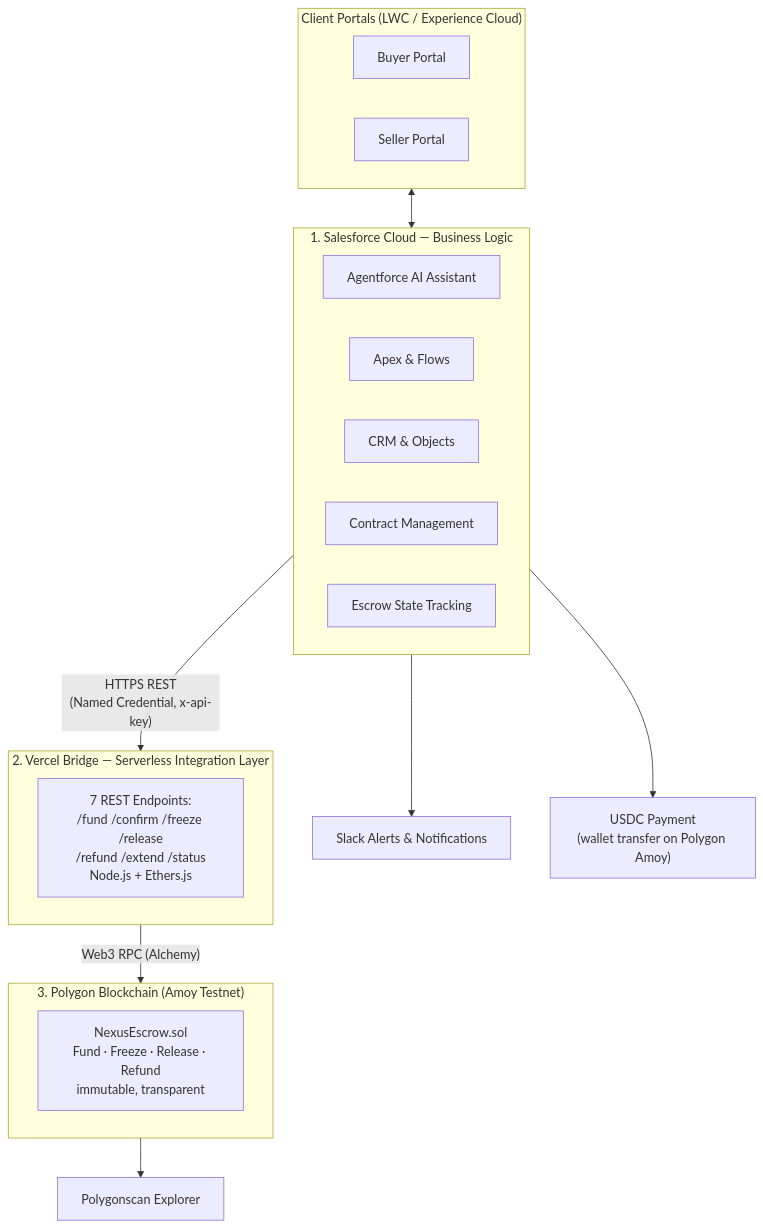
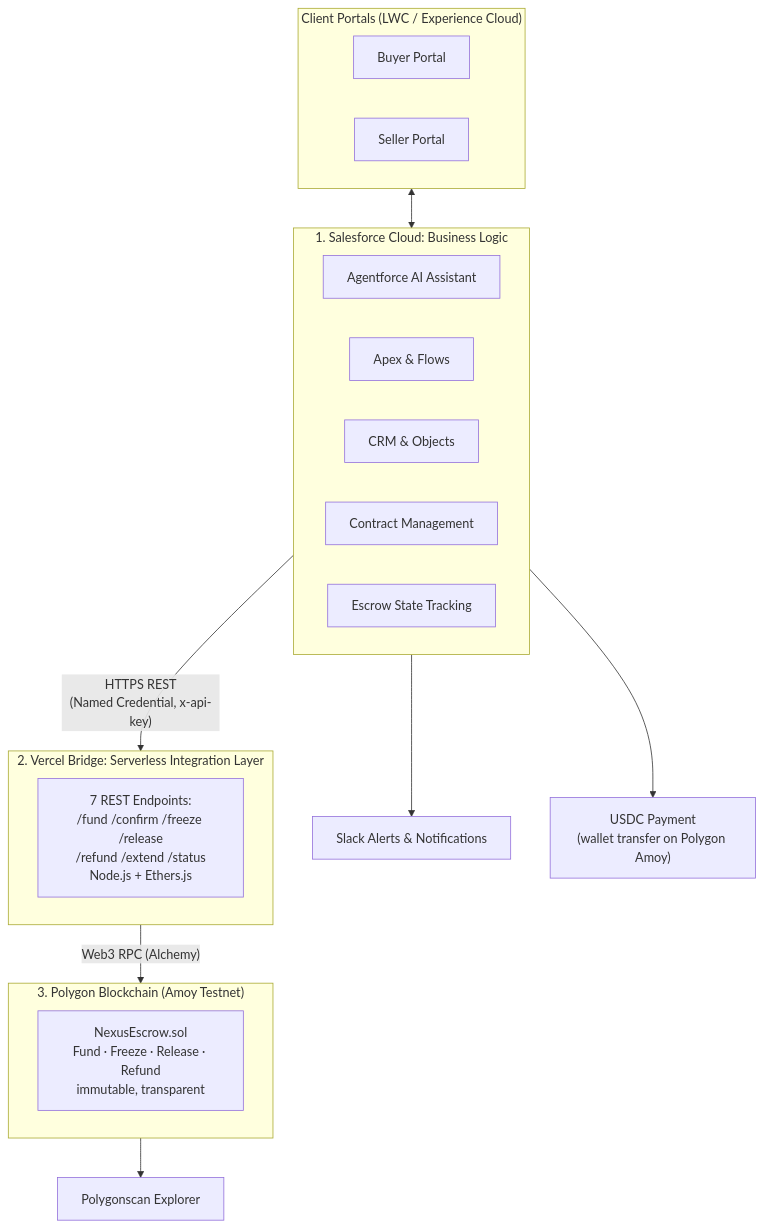
The third of 4 diagrams in README.md (zeinebroihii/ecommerce-platform), drawn with Mermaid before and after one commit. The commit also changed other lines of this file, not shown here.

````diff
--- a/README.md
+++ b/README.md
@@ -102,30 +102,30 @@
 ```mermaid
 flowchart TB
     subgraph Portals["Client Portals (LWC / Experience Cloud)"]
         BUYER["Buyer Portal"]
         SELLER["Seller Portal"]
     end
 
-    subgraph SFCloud["1. Salesforce Cloud — Business Logic"]
+    subgraph SFCloud["1. Salesforce Cloud: Business Logic"]
         AF["Agentforce AI Assistant"]
         APEXFLOW["Apex & Flows"]
         CRM["CRM & Objects"]
         CONTRACT["Contract Management"]
         STATE["Escrow State Tracking"]
     end
 
-    subgraph Bridge["2. Vercel Bridge — Serverless Integration Layer"]
+    subgraph Bridge["2. Vercel Bridge: Serverless Integration Layer"]
         EP["7 REST Endpoints:\n/fund /confirm /freeze /release\n/refund /extend /status\nNode.js + Ethers.js"]
     end
 
     subgraph Chain["3. Polygon Blockchain (Amoy Testnet)"]
         CONTRACT2["NexusEscrow.sol\nFund · Freeze · Release · Refund\nimmutable, transparent"]
     end
 
     Portals <--> SFCloud
     SFCloud -- "HTTPS REST\n(Named Credential, x-api-key)" --> Bridge
     Bridge -- "Web3 RPC (Alchemy)" --> Chain
     SFCloud --> SLACK["Slack Alerts & Notifications"]
     SFCloud --> USDC["USDC Payment\n(wallet transfer on Polygon Amoy)"]
     Chain --> EXPLORER["Polygonscan Explorer"]
 ```
````
